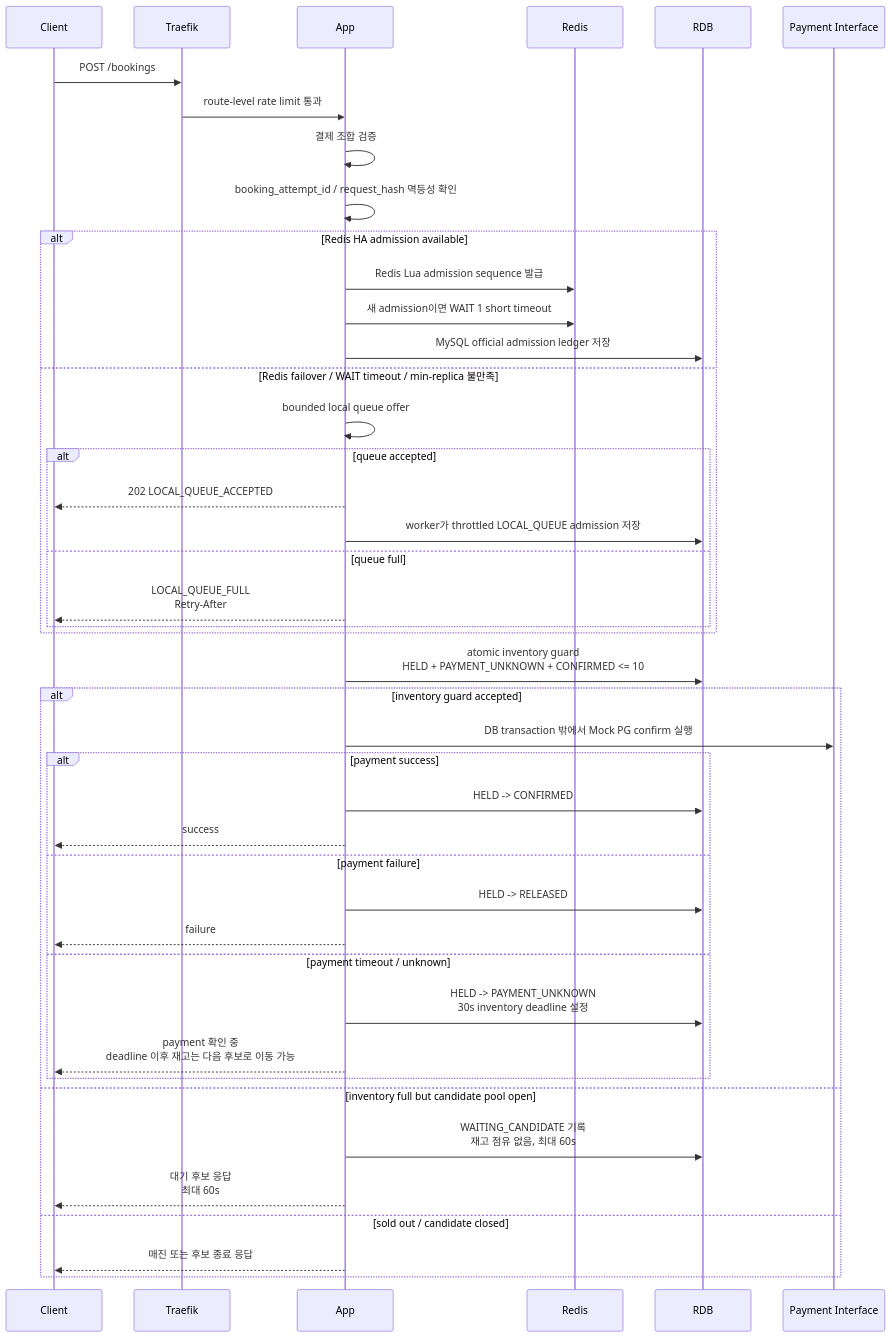
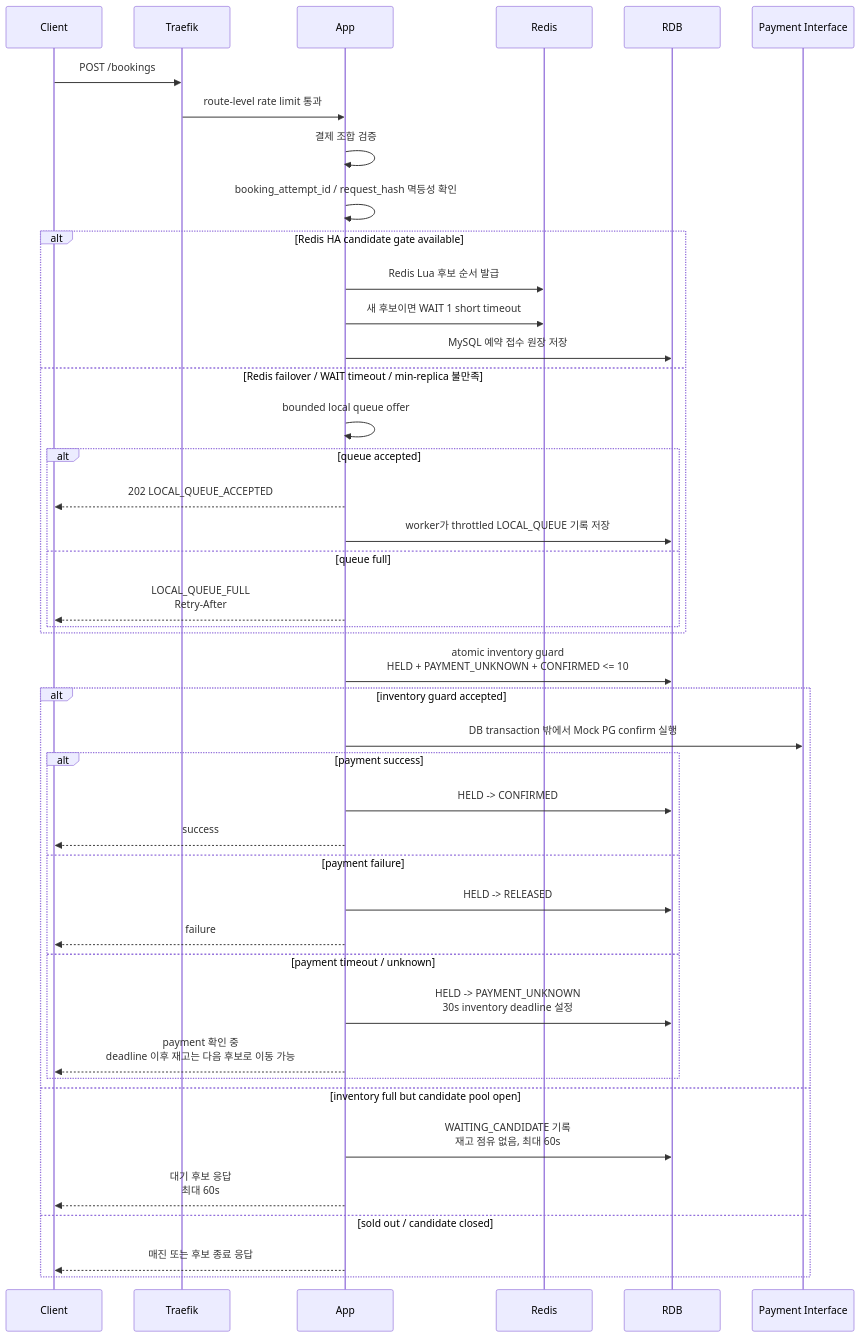
One commit to lsh1215/peak-booking-system changed the fourth of 5 diagrams in docs/system-design/sdd.md. Above: the diagram before and after it, drawn with Mermaid. The commit also changed other lines of this file and 4 other files, not shown here.

````diff
--- a/docs/system-design/sdd.md
+++ b/docs/system-design/sdd.md
@@ -315,46 +315,46 @@
 ```mermaid
 sequenceDiagram
     participant C as Client
     participant T as Traefik
     participant A as App
     participant R as Redis
     participant D as RDB
     participant P as Payment Interface
 
     C->>T: POST /bookings
     T->>A: route-level rate limit 통과
     A->>A: 결제 조합 검증
     A->>A: booking_attempt_id / request_hash 멱등성 확인
-    alt Redis HA admission available
-        A->>R: Redis Lua admission sequence 발급
-        A->>R: 새 admission이면 WAIT 1 short timeout
-        A->>D: MySQL official admission ledger 저장
+    alt Redis HA candidate gate available
+        A->>R: Redis Lua 후보 순서 발급
+        A->>R: 새 후보이면 WAIT 1 short timeout
+        A->>D: MySQL 예약 접수 원장 저장
     else Redis failover / WAIT timeout / min-replica 불만족
         A->>A: bounded local queue offer
         alt queue accepted
             A-->>C: 202 LOCAL_QUEUE_ACCEPTED
-            A->>D: worker가 throttled LOCAL_QUEUE admission 저장
+            A->>D: worker가 throttled LOCAL_QUEUE 기록 저장
         else queue full
             A-->>C: LOCAL_QUEUE_FULL<br/>Retry-After
         end
     end
     A->>D: atomic inventory guard<br/>HELD + PAYMENT_UNKNOWN + CONFIRMED <= 10
     alt inventory guard accepted
         A->>P: DB transaction 밖에서 Mock PG confirm 실행
         alt payment success
             A->>D: HELD -> CONFIRMED
             A-->>C: success
         else payment failure
             A->>D: HELD -> RELEASED
             A-->>C: failure
         else payment timeout / unknown
             A->>D: HELD -> PAYMENT_UNKNOWN<br/>30s inventory deadline 설정
             A-->>C: payment 확인 중<br/>deadline 이후 재고는 다음 후보로 이동 가능
         end
     else inventory full but candidate pool open
         A->>D: WAITING_CANDIDATE 기록<br/>재고 점유 없음, 최대 60s
         A-->>C: 대기 후보 응답<br/>최대 60s
     else sold out / candidate closed
         A-->>C: 매진 또는 후보 종료 응답
     end
 ```
````
